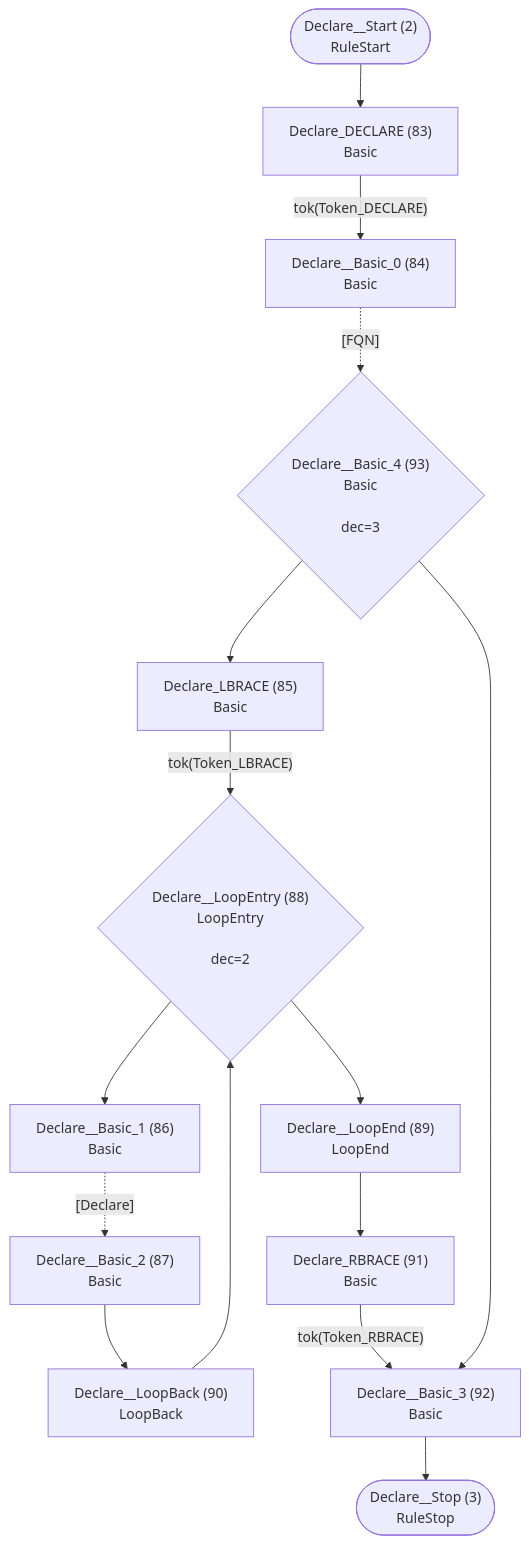
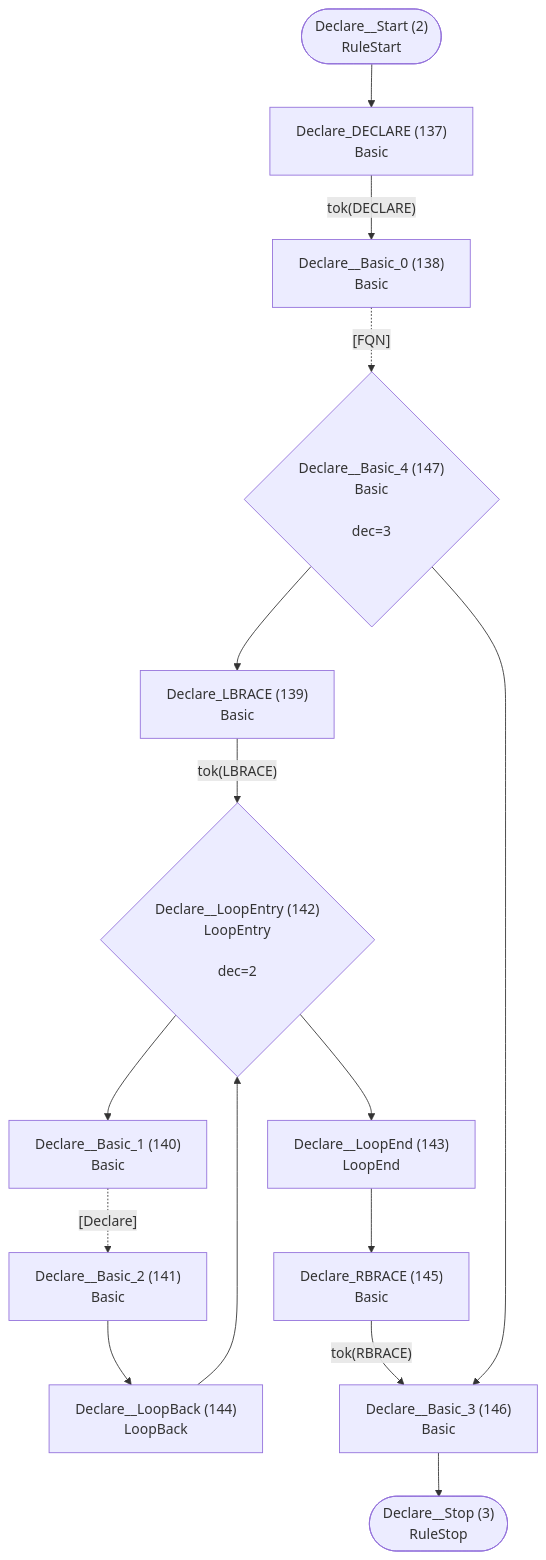
One commit to TypeFox/fastbelt changed the second of 41 diagrams in internal/languages/completion/atn.md. Above: the diagram before and after it, drawn with Mermaid. The commit also changed other lines of this file and 36 other files, not shown here.

````diff
--- a/internal/languages/completion/atn.md
+++ b/internal/languages/completion/atn.md
@@ -105,31 +150,31 @@
 ```mermaid
 flowchart TD
     q2(["Declare__Start (2)<br/>RuleStart"])
     q3(["Declare__Stop (3)<br/>RuleStop"])
-    q83["Declare_DECLARE (83)<br/>Basic<br/>"]
-    q84["Declare__Basic_0 (84)<br/>Basic<br/>"]
-    q85["Declare_LBRACE (85)<br/>Basic<br/>"]
-    q86["Declare__Basic_1 (86)<br/>Basic<br/>"]
-    q87["Declare__Basic_2 (87)<br/>Basic<br/>"]
-    q88{"Declare__LoopEntry (88)<br/>LoopEntry<br/><br/>dec=2"}
-    q89["Declare__LoopEnd (89)<br/>LoopEnd<br/>"]
-    q90["Declare__LoopBack (90)<br/>LoopBack<br/>"]
-    q91["Declare_RBRACE (91)<br/>Basic<br/>"]
-    q92["Declare__Basic_3 (92)<br/>Basic<br/>"]
-    q93{"Declare__Basic_4 (93)<br/>Basic<br/><br/>dec=3"}
+    q137["Declare_DECLARE (137)<br/>Basic<br/>"]
+    q138["Declare__Basic_0 (138)<br/>Basic<br/>"]
+    q139["Declare_LBRACE (139)<br/>Basic<br/>"]
+    q140["Declare__Basic_1 (140)<br/>Basic<br/>"]
+    q141["Declare__Basic_2 (141)<br/>Basic<br/>"]
+    q142{"Declare__LoopEntry (142)<br/>LoopEntry<br/><br/>dec=2"}
+    q143["Declare__LoopEnd (143)<br/>LoopEnd<br/>"]
+    q144["Declare__LoopBack (144)<br/>LoopBack<br/>"]
+    q145["Declare_RBRACE (145)<br/>Basic<br/>"]
+    q146["Declare__Basic_3 (146)<br/>Basic<br/>"]
+    q147{"Declare__Basic_4 (147)<br/>Basic<br/><br/>dec=3"}
 
-    q2 --> q83
-    q83 -->|"tok(Token_DECLARE)"| q84
-    q84 -.->|"[FQN]"| q93
-    q85 -->|"tok(Token_LBRACE)"| q88
-    q86 -.->|"[Declare]"| q87
-    q87 --> q90
-    q88 --> q86
-    q88 --> q89
-    q89 --> q91
-    q90 --> q88
-    q91 -->|"tok(Token_RBRACE)"| q92
-    q92 --> q3
-    q93 --> q85
-    q93 --> q92
+    q2 --> q137
+    q137 -->|"tok(DECLARE)"| q138
+    q138 -.->|"[FQN]"| q147
+    q139 -->|"tok(LBRACE)"| q142
+    q140 -.->|"[Declare]"| q141
+    q141 --> q144
+    q142 --> q140
+    q142 --> q143
+    q143 --> q145
+    q144 --> q142
+    q145 -->|"tok(RBRACE)"| q146
+    q146 --> q3
+    q147 --> q139
+    q147 --> q146
 ```
````
